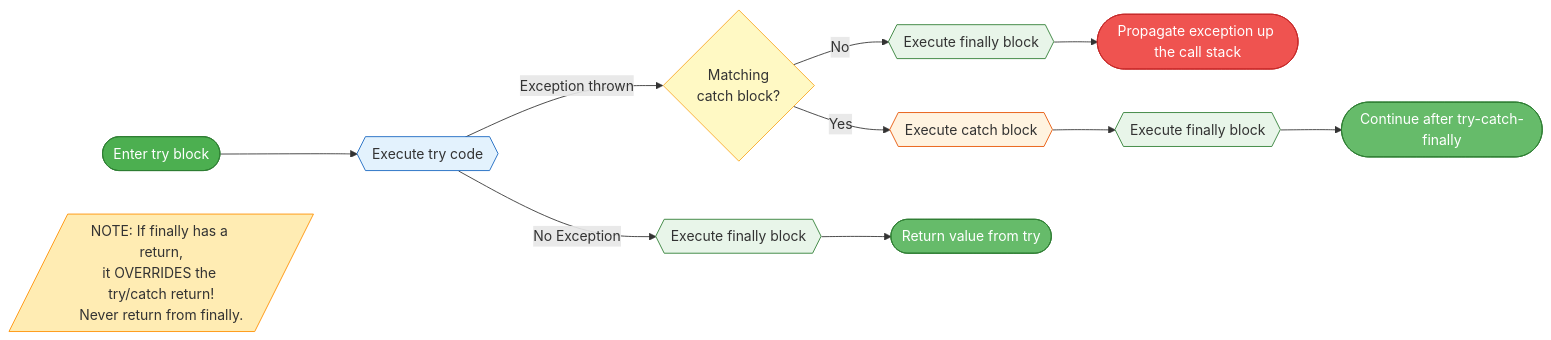
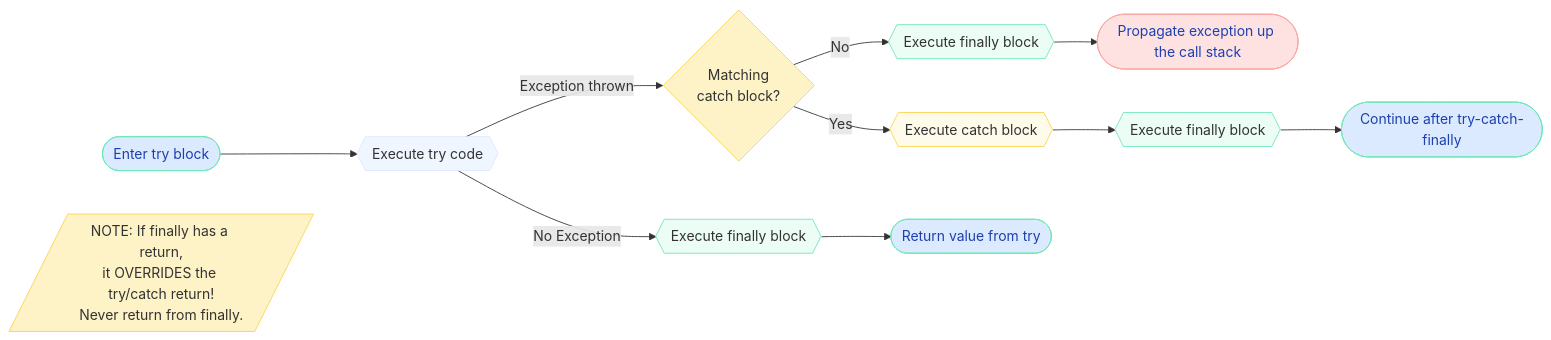
Before and after one commit to saivamsikaruturi/vamsilabs-dev-notes-main: the second of 2 diagrams in docs/java/ExceptionHandling.md, drawn with Mermaid. The commit also changed other lines of this file and 220 other files, not shown here.

First line of the commit message:
Add 50+ new Java/Spring Boot pages, rewrite CSS code blocks to Oracle style, fix all diagram colors

````diff
--- a/docs/java/ExceptionHandling.md
+++ b/docs/java/ExceptionHandling.md
@@ -54,28 +54,28 @@
 ```mermaid
 flowchart LR
     START(["Enter try block"]) --> CODE{{"Execute try code"}}
     CODE -->|No Exception| FINALLY1{{"Execute finally block"}}
     CODE -->|Exception thrown| MATCH{"Matching<br/>catch block?"}
 
     MATCH -->|Yes| CATCH{{"Execute catch block"}}
     MATCH -->|No| FINALLY2{{"Execute finally block"}}
     FINALLY2 --> PROPAGATE(["Propagate exception up the call stack"])
 
     CATCH --> FINALLY3{{"Execute finally block"}}
     FINALLY1 --> RETURN1(["Return value from try"])
     FINALLY3 --> RETURN2(["Continue after try-catch-finally"])
 
     NOTE1[/"NOTE: If finally has a return,<br/>it OVERRIDES the try/catch return!<br/>Never return from finally."/]
 
-    style START fill:#4caf50,stroke:#2e7d32,color:#ffffff
-    style CODE fill:#e3f2fd,stroke:#1565c0
-    style MATCH fill:#fff9c4,stroke:#f9a825
-    style CATCH fill:#fff3e0,stroke:#e65100
-    style FINALLY1 fill:#e8f5e9,stroke:#2e7d32
-    style FINALLY2 fill:#e8f5e9,stroke:#2e7d32
-    style FINALLY3 fill:#e8f5e9,stroke:#2e7d32
-    style PROPAGATE fill:#ef5350,stroke:#c62828,color:#ffffff
-    style RETURN1 fill:#66bb6a,stroke:#2e7d32,color:#ffffff
-    style RETURN2 fill:#66bb6a,stroke:#2e7d32,color:#ffffff
-    style NOTE1 fill:#ffecb3,stroke:#ff8f00
+    style START fill:#DBEAFE,stroke:#6EE7B7,color:#1E40AF
+    style CODE fill:#EFF6FF,stroke:#DBEAFE
+    style MATCH fill:#FEF3C7,stroke:#FCD34D
+    style CATCH fill:#FFFBEB,stroke:#FCD34D
+    style FINALLY1 fill:#ECFDF5,stroke:#6EE7B7
+    style FINALLY2 fill:#ECFDF5,stroke:#6EE7B7
+    style FINALLY3 fill:#ECFDF5,stroke:#6EE7B7
+    style PROPAGATE fill:#FEE2E2,stroke:#FCA5A5,color:#1E40AF
+    style RETURN1 fill:#DBEAFE,stroke:#6EE7B7,color:#1E40AF
+    style RETURN2 fill:#DBEAFE,stroke:#6EE7B7,color:#1E40AF
+    style NOTE1 fill:#FEF3C7,stroke:#FCD34D
 ```
````
